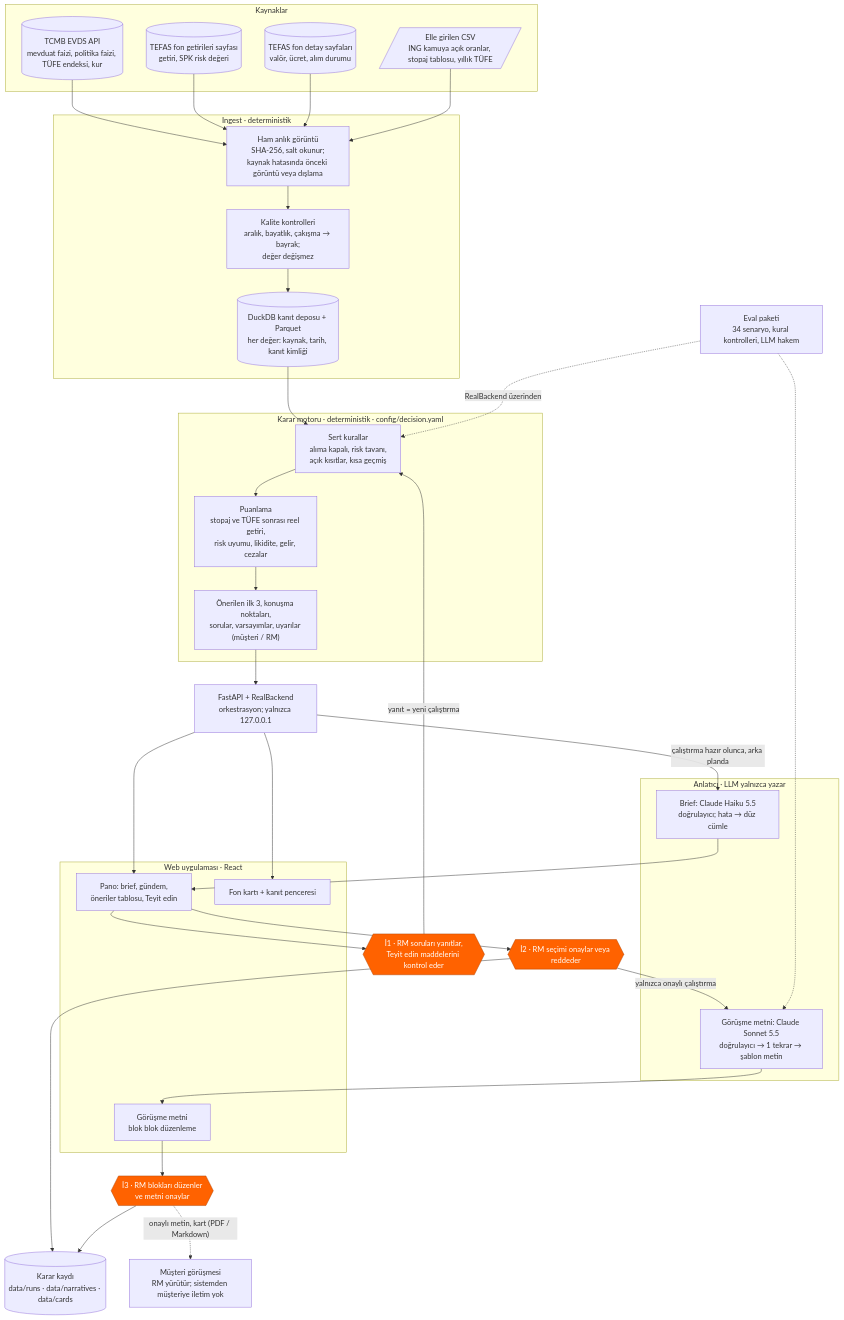
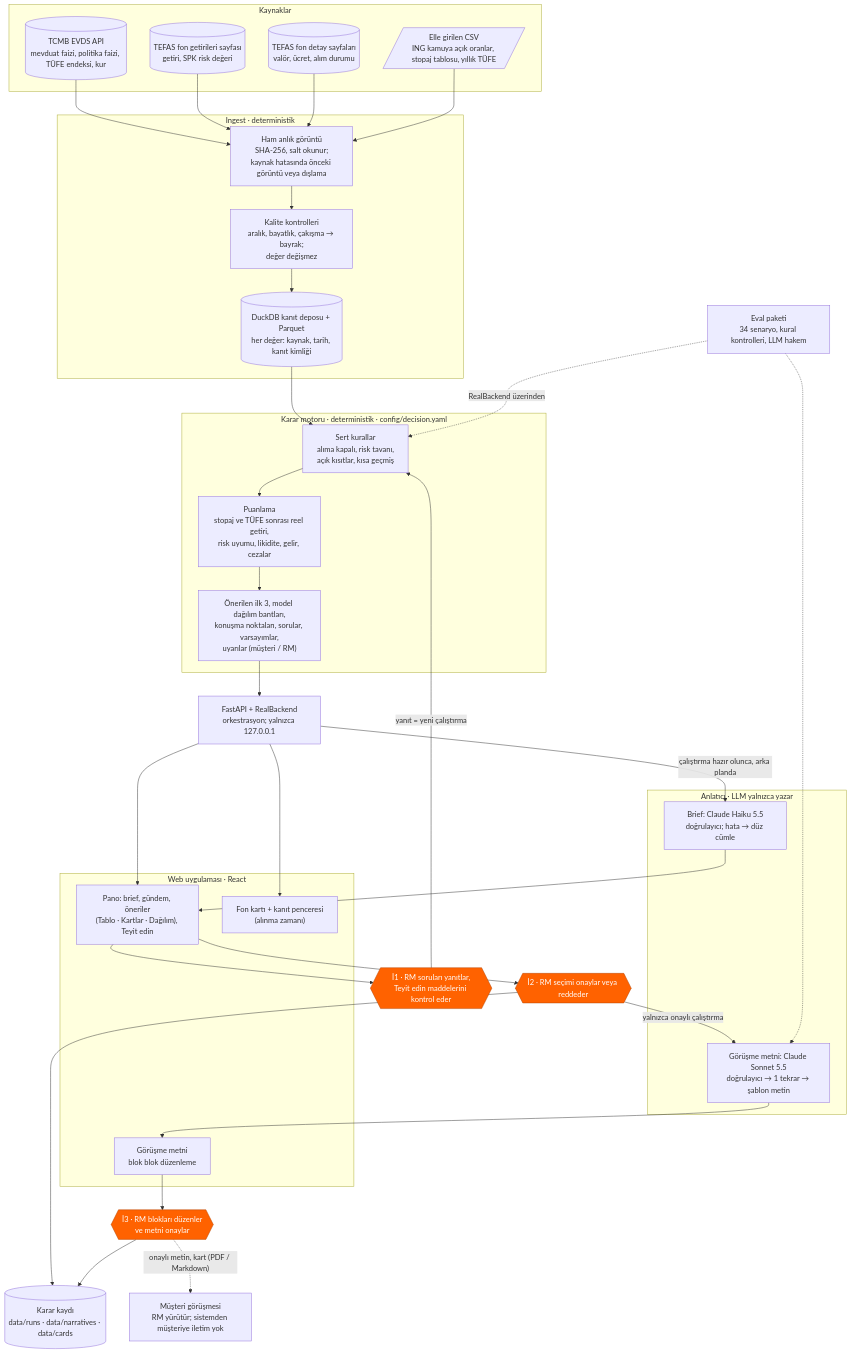
Before and after one commit to ArdahanDogru/ing-hackathon-rm-prep: the diagram in docs/teslim/04-cozum-tasarimi.md, drawn with Mermaid. The commit also changed other lines of this file and 9 other files, not shown here.

````diff
--- a/docs/teslim/04-cozum-tasarimi.md
+++ b/docs/teslim/04-cozum-tasarimi.md
@@ -15,57 +16,57 @@
 ```mermaid
 flowchart TB
     subgraph SRC["Kaynaklar"]
         EVDS[("TCMB EVDS API<br/>mevduat faizi, politika faizi, TÜFE endeksi, kur")]
         TW[("TEFAS fon getirileri sayfası<br/>getiri, SPK risk değeri")]
         TD[("TEFAS fon detay sayfaları<br/>valör, ücret, alım durumu")]
         MAN[/"Elle girilen CSV<br/>ING kamuya açık oranlar, stopaj tablosu, yıllık TÜFE"/]
     end
 
     subgraph ING["Ingest · deterministik"]
         SNAP["Ham anlık görüntü<br/>SHA-256, salt okunur;<br/>kaynak hatasında önceki görüntü veya dışlama"]
         QC["Kalite kontrolleri<br/>aralık, bayatlık, çakışma → bayrak;<br/>değer değişmez"]
         DB[("DuckDB kanıt deposu + Parquet<br/>her değer: kaynak, tarih, kanıt kimliği")]
     end
 
     subgraph DEC["Karar motoru · deterministik · config/decision.yaml"]
         RULES["Sert kurallar<br/>alıma kapalı, risk tavanı,<br/>açık kısıtlar, kısa geçmiş"]
         SCORE["Puanlama<br/>stopaj ve TÜFE sonrası reel getiri,<br/>risk uyumu, likidite, gelir, cezalar"]
-        OUT["Önerilen ilk 3, konuşma noktaları,<br/>sorular, varsayımlar, uyarılar (müşteri / RM)"]
+        OUT["Önerilen ilk 3, model dağılım bantları,<br/>konuşma noktaları, sorular, varsayımlar,<br/>uyarılar (müşteri / RM)"]
     end
 
     API["FastAPI + RealBackend<br/>orkestrasyon; yalnızca 127.0.0.1"]
 
     subgraph NAR["Anlatıcı · LLM yalnızca yazar"]
         BRIEF["Brief: Claude Haiku 5.5<br/>doğrulayıcı; hata → düz cümle"]
         TEXT["Görüşme metni: Claude Sonnet 5.5<br/>doğrulayıcı → 1 tekrar → şablon metin"]
     end
 
     subgraph WEB["Web uygulaması · React"]
-        DASH["Pano: brief, gündem,<br/>öneriler tablosu, Teyit edin"]
-        FUND["Fon kartı + kanıt penceresi"]
+        DASH["Pano: brief, gündem, öneriler<br/>(Tablo · Kartlar · Dağılım), Teyit edin"]
+        FUND["Fon kartı + kanıt penceresi<br/>(alınma zamanı)"]
         MT["Görüşme metni<br/>blok blok düzenleme"]
     end
 
     H1{{"İ1 · RM soruları yanıtlar,<br/>Teyit edin maddelerini kontrol eder"}}
     H2{{"İ2 · RM seçimi onaylar veya reddeder"}}
     H3{{"İ3 · RM blokları düzenler<br/>ve metni onaylar"}}
     REC[("Karar kaydı<br/>data/runs · data/narratives · data/cards")]
     CLIENT["Müşteri görüşmesi<br/>RM yürütür; sistemden müşteriye iletim yok"]
     EVAL["Eval paketi<br/>34 senaryo, kural kontrolleri, LLM hakem"]
 
     EVDS & TW & TD & MAN --> SNAP --> QC --> DB
     DB --> RULES --> SCORE --> OUT --> API
     API --> DASH & FUND
     API -- "çalıştırma hazır olunca, arka planda" --> BRIEF --> DASH
     DASH --> H1 -- "yanıt = yeni çalıştırma" --> RULES
     DASH --> H2
     H2 -- "yalnızca onaylı çalıştırma" --> TEXT --> MT --> H3
     H2 --> REC
     H3 --> REC
     H3 -. "onaylı metin, kart (PDF / Markdown)" .-> CLIENT
     EVAL -. "RealBackend üzerinden" .-> RULES
     EVAL -.-> TEXT
 
     classDef human fill:#FF6200,color:#fff,stroke:#B34400
     class H1,H2,H3 human
 ```
````
